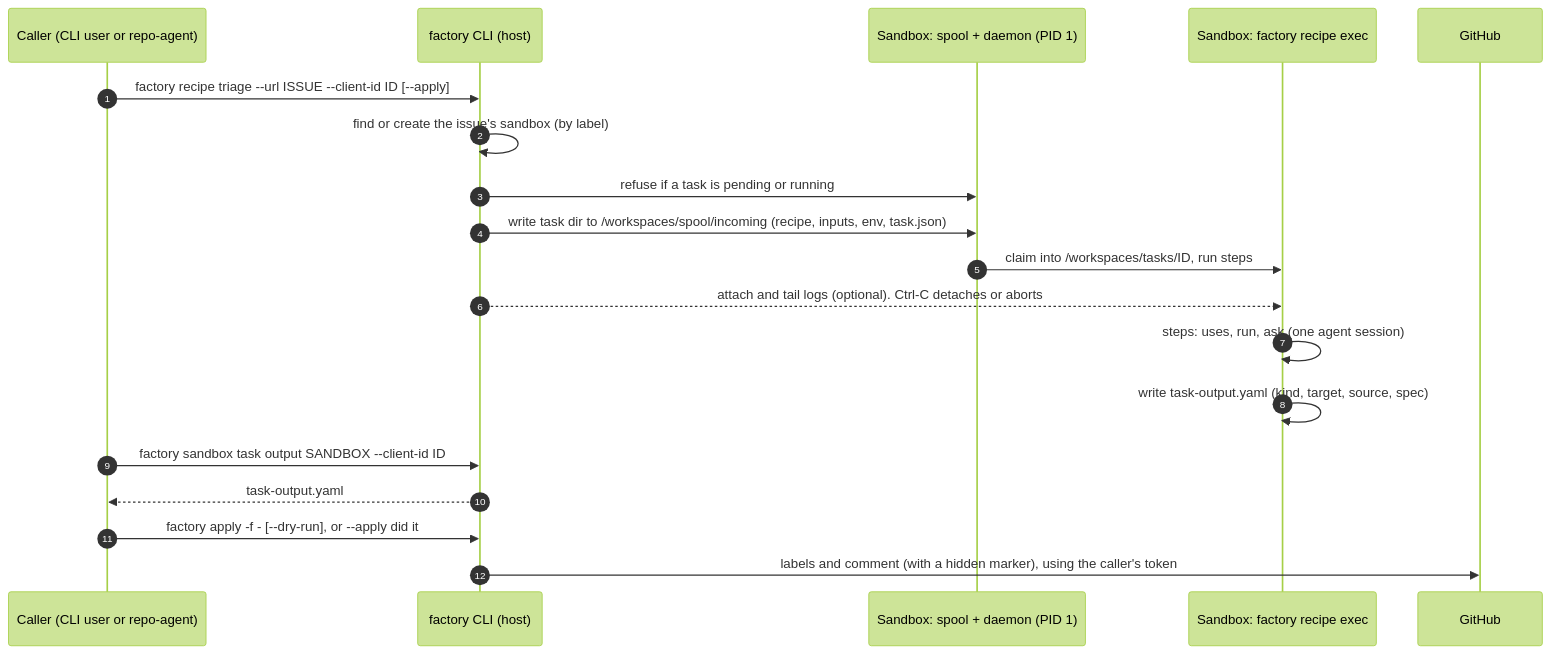
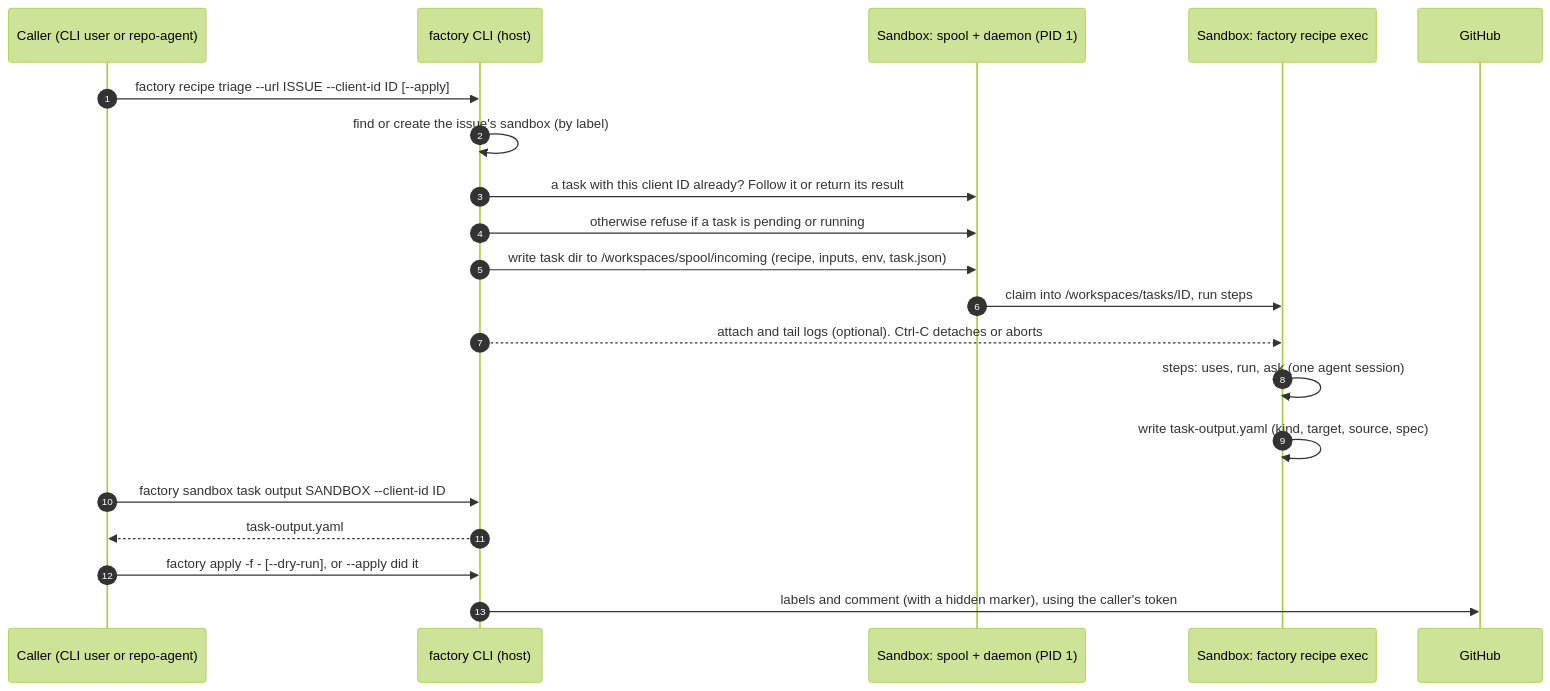
The diagram in factory/design/task-recipes-and-outputs.md (gke-labs/gemini-for-kubernetes-development), drawn with Mermaid (forest theme) before and after one commit. The commit also changed other lines of this file and 4 other files, not shown here.

First line of the commit message:
factory: recipe --client-id is idempotent: a rerun follows or returns that task

````diff
--- a/factory/design/task-recipes-and-outputs.md
+++ b/factory/design/task-recipes-and-outputs.md
@@ -23,22 +23,23 @@
 ```mermaid
 sequenceDiagram
     autonumber
     participant Caller as Caller (CLI user or repo-agent)
     participant CLI as factory CLI (host)
     participant Spool as Sandbox: spool + daemon (PID 1)
     participant Task as Sandbox: factory recipe exec
     participant GH as GitHub
 
     Caller->>CLI: factory recipe triage --url ISSUE --client-id ID [--apply]
     CLI->>CLI: find or create the issue's sandbox (by label)
-    CLI->>Spool: refuse if a task is pending or running
+    CLI->>Spool: a task with this client ID already? Follow it or return its result
+    CLI->>Spool: otherwise refuse if a task is pending or running
     CLI->>Spool: write task dir to /workspaces/spool/incoming (recipe, inputs, env, task.json)
     Spool->>Task: claim into /workspaces/tasks/ID, run steps
     CLI-->>Task: attach and tail logs (optional). Ctrl-C detaches or aborts
     Task->>Task: steps: uses, run, ask (one agent session)
     Task->>Task: write task-output.yaml (kind, target, source, spec)
     Caller->>CLI: factory sandbox task output SANDBOX --client-id ID
     CLI-->>Caller: task-output.yaml
     Caller->>CLI: factory apply -f - [--dry-run], or --apply did it
     CLI->>GH: labels and comment (with a hidden marker), using the caller's token
 ```
````
